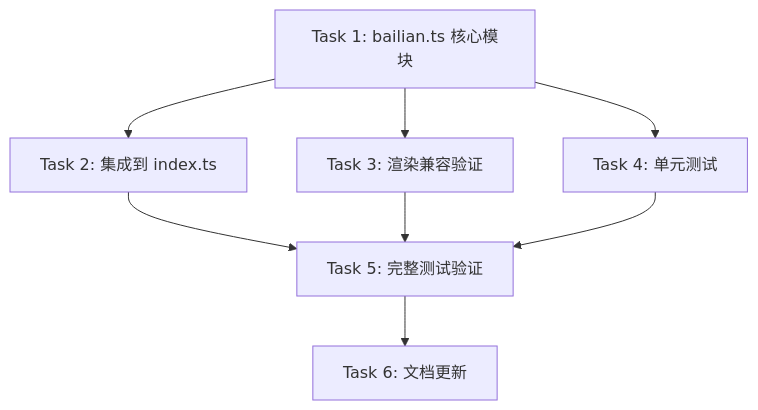
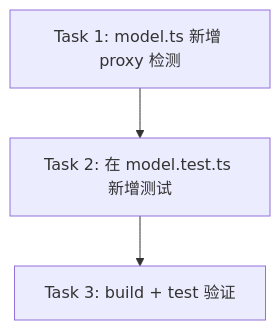
Before and after one commit to wyouwd1/cc-hud: the diagram in tasks/plan.md, drawn with Mermaid. The commit also changed other lines of this file and 5 other files, not shown here.

````diff
--- a/tasks/plan.md
+++ b/tasks/plan.md
@@ -283,10 +21,5 @@
 ```mermaid
 graph TD
-    T1[Task 1: bailian.ts 核心模块] --> T2[Task 2: 集成到 index.ts]
-    T1 --> T3[Task 3: 渲染兼容验证]
-    T1 --> T4[Task 4: 单元测试]
-    T2 --> T5[Task 5: 完整测试验证]
-    T3 --> T5
-    T4 --> T5
-    T5 --> T6[Task 6: 文档更新]
+    T1[Task 1: model.ts 新增 proxy 检测] --> T2[Task 2: 在 model.test.ts 新增测试]
+    T2 --> T3[Task 3: build + test 验证]
 ```
````
